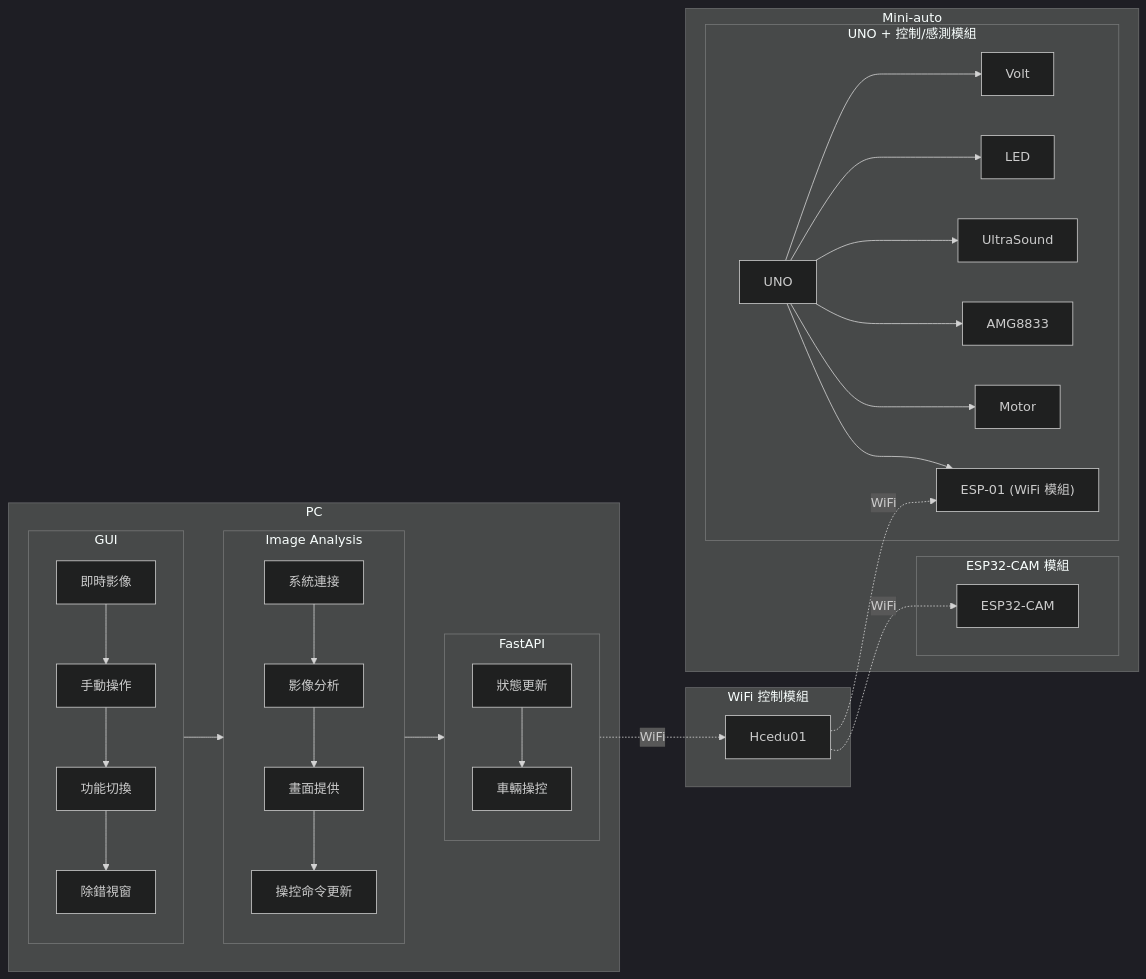
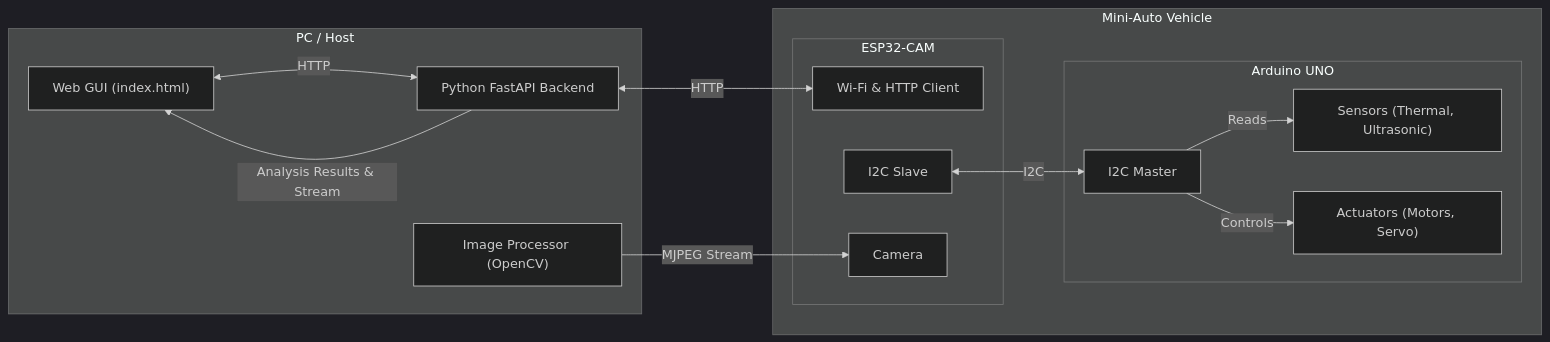
Before and after one commit to hamanpaul/mini-auto: the diagram in docs/architecture_summary.md, drawn with Mermaid (dark theme). The commit also changed other lines of this file and 17 other files, not shown here.

````diff
--- a/docs/architecture_summary.md
+++ b/docs/architecture_summary.md
@@ -90,65 +39,31 @@
 ```mermaid
 flowchart LR
-    %% 左側：PC 區
-    subgraph PC [PC]
-        subgraph GUI [GUI]
-            View["即時影像"]
-            Manual["手動操作"]
-            Switch["功能切換"]
-            Debug["除錯視窗"]
+    subgraph PC [PC / Host]
+        GUI["Web GUI (index.html)"]
+        Backend["Python FastAPI Backend"]
+        StreamProcessor["Image Processor (OpenCV)"]
+    end
+
+    subgraph Vehicle [Mini-Auto Vehicle]
+        subgraph ESP32_Module [ESP32-CAM]
+            ESP32_WiFi["Wi-Fi & HTTP Client"]
+            ESP32_I2C["I2C Slave"]
+            ESP32_CAM["Camera"]
         end
-
-        subgraph IMG ["Image Analysis"]
-            Conn["系統連接"]
-            Analy["影像分析"]
-            Feed["畫面提供"]
-            CmdUpdate["操控命令更新"]
-        end
-
-        subgraph API [FastAPI]
-            Status["狀態更新"]
-            Control["車輛操控"]
+        subgraph UNO_Module [Arduino UNO]
+            UNO_I2C["I2C Master"]
+            Sensors["Sensors (Thermal, Ultrasonic)"]
+            Actuators["Actuators (Motors, Servo)"]
         end
     end
 
-    %% 中間：WiFi 控制橋接器
-    subgraph WiFi_Controller [WiFi 控制模組]
-        HCEDU["Hcedu01"]
-    end
-
-	%% 小車：攝影模組及UNO 與感測模組
-	subgraph Mini-Auto ["Mini-auto"]
-		%% 右上：攝影模組
-		subgraph ESP32_CAM_Module ["ESP32-CAM 模組"]
-			CAM["ESP32-CAM"]
-		end
-
-		%% 右下：UNO 與感測模組
-		subgraph UNO_Module ["UNO + 控制/感測模組"]
-			UNO["UNO"]
-			ESP01["ESP-01 (WiFi 模組)"]
-			M1["Motor"]
-			Thermo["AMG8833"]
-			UltraSound["UltraSound"]
-			LED["LED"]
-			Volt["Volt"]
-		end
-	end
-
-    %% 資料與控制流
-    View --> Manual --> Switch --> Debug
-    GUI --> IMG
-    Conn --> Analy --> Feed --> CmdUpdate
-    IMG --> API
-    Status --> Control
-    API -. WiFi .-> HCEDU
-    HCEDU -. WiFi .-> CAM
-    HCEDU -. WiFi .-> ESP01
-    UNO --> ESP01
-    UNO --> M1
-    UNO --> Thermo
-    UNO --> UltraSound
-    UNO --> LED
-    UNO --> Volt
-
+    %% Connections
+    GUI <-- HTTP --> Backend
+    Backend <-- HTTP --> ESP32_WiFi
+    StreamProcessor -- MJPEG Stream --> ESP32_CAM
+    Backend -- Analysis Results & Stream --> GUI
+    
+    ESP32_I2C <-- I2C --> UNO_I2C
+    UNO_I2C -- Controls --> Actuators
+    UNO_I2C -- Reads --> Sensors
 ```
````
